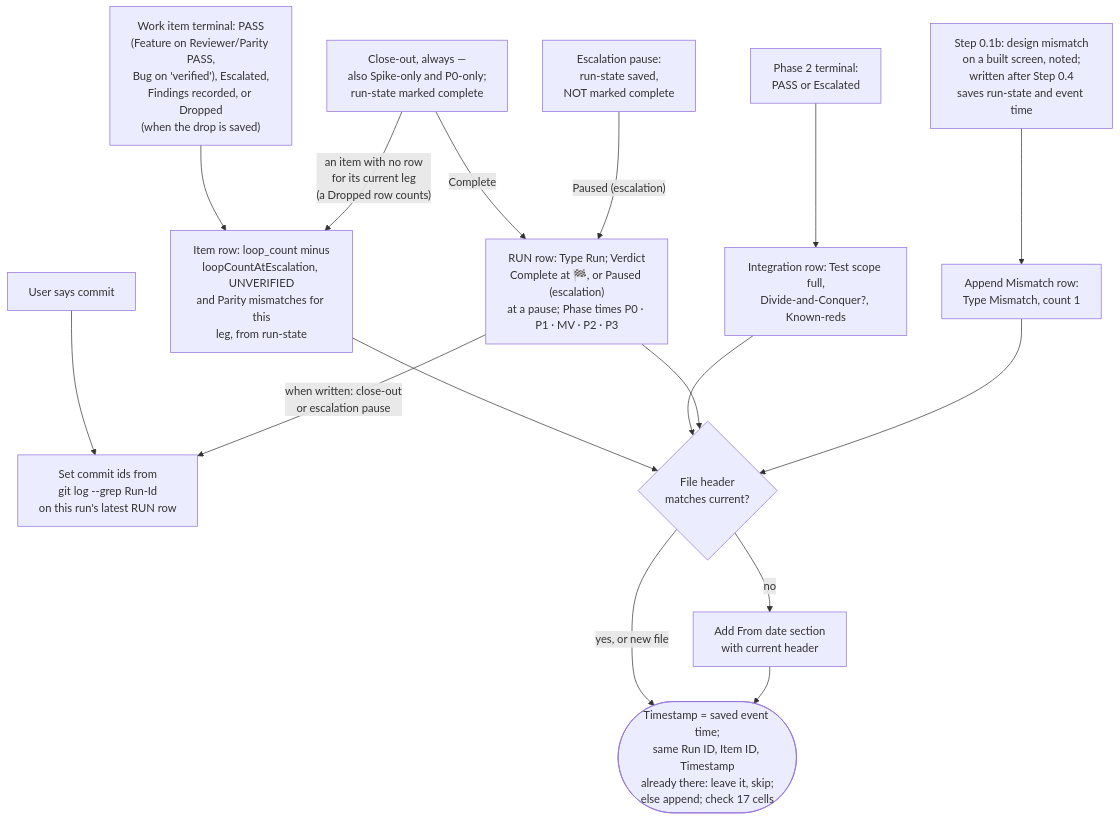
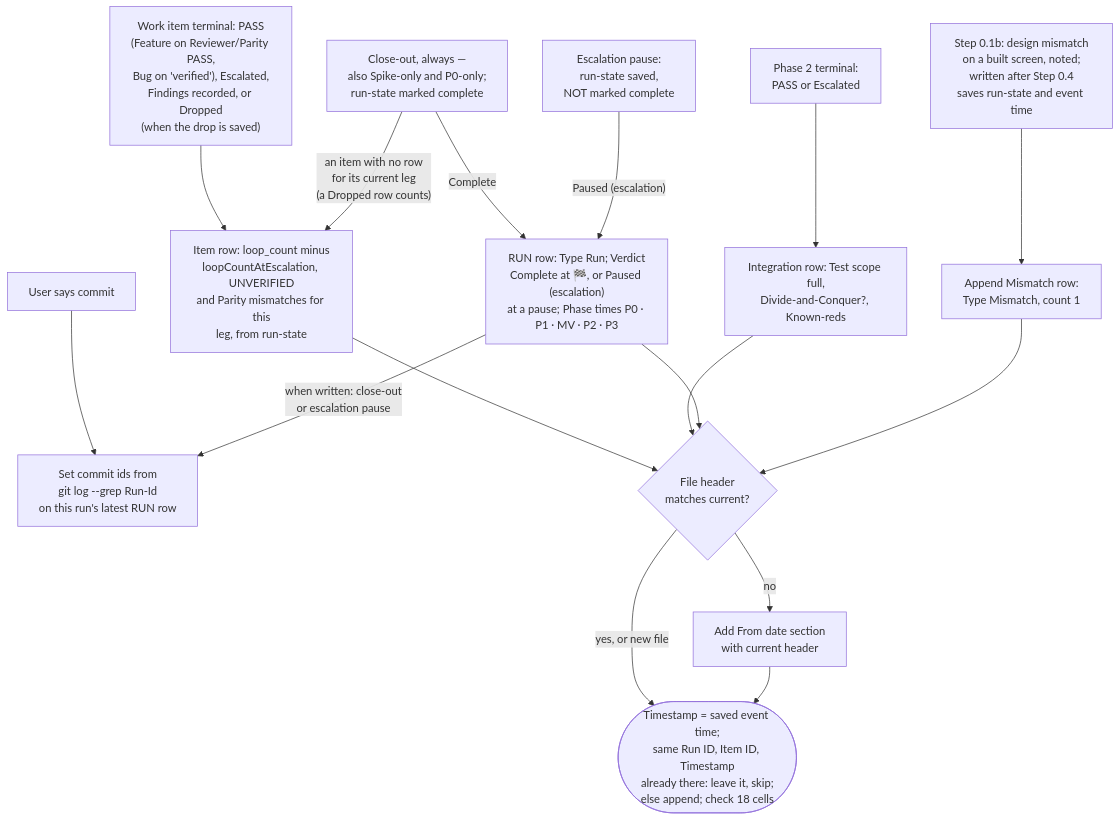
One commit to muhammedalikhan86/claude-stash changed the diagram in skills/orchestrator-development-pattern/mermaid/09-metrics.md. Above: the diagram before and after it, drawn with Mermaid. The commit also changed 16 other files, not shown here.

````diff
--- a/skills/orchestrator-development-pattern/mermaid/09-metrics.md
+++ b/skills/orchestrator-development-pattern/mermaid/09-metrics.md
@@ -6,32 +6,32 @@
 ```mermaid
 flowchart TD
     Item["Work item terminal: PASS<br/>(Feature on Reviewer/Parity PASS,<br/>Bug on 'verified'), Escalated,<br/>Findings recorded, or Dropped<br/>(when the drop is saved)"]
     Int["Phase 2 terminal:<br/>PASS or Escalated"]
     Close["Close-out, always —<br/>also Spike-only and P0-only;<br/>run-state marked complete"]
     Pause["Escalation pause:<br/>run-state saved,<br/>NOT marked complete"]
     Mis["Step 0.1b: design mismatch<br/>on a built screen, noted;<br/>written after Step 0.4<br/>saves run-state and event time"]
     RowI["Item row: loop_count minus<br/>loopCountAtEscalation, UNVERIFIED<br/>and Parity mismatches for this<br/>leg, from run-state"]
     RowInt["Integration row: Test scope full,<br/>Divide-and-Conquer?, Known-reds"]
     RowRun["RUN row: Type Run; Verdict<br/>Complete at 🏁, or Paused (escalation)<br/>at a pause; Phase times P0 · P1 · MV · P2 · P3"]
     Commit["User says commit"]
     Ids["Set commit ids from<br/>git log --grep Run-Id<br/>on this run's latest RUN row"]
     RowM["Append Mismatch row:<br/>Type Mismatch, count 1"]
     Hdr{"File header<br/>matches current?"}
     New["Add From date section<br/>with current header"]
-    App(["Timestamp = saved event time;<br/>same Run ID, Item ID, Timestamp<br/>already there: leave it, skip;<br/>else append; check 17 cells"])
+    App(["Timestamp = saved event time;<br/>same Run ID, Item ID, Timestamp<br/>already there: leave it, skip;<br/>else append; check 18 cells"])
 
     Item --> RowI
     Int --> RowInt
     Close -->|"an item with no row<br/>for its current leg<br/>(a Dropped row counts)"| RowI
     Close -->|"Complete"| RowRun
     Pause -->|"Paused (escalation)"| RowRun
     Mis --> RowM
     Commit --> Ids
     RowRun -->|"when written: close-out<br/>or escalation pause"| Ids
     RowI --> Hdr
     RowInt --> Hdr
     RowRun --> Hdr
     RowM --> Hdr
     Hdr -->|"yes, or new file"| App
     Hdr -->|no| New --> App
 ```
````
